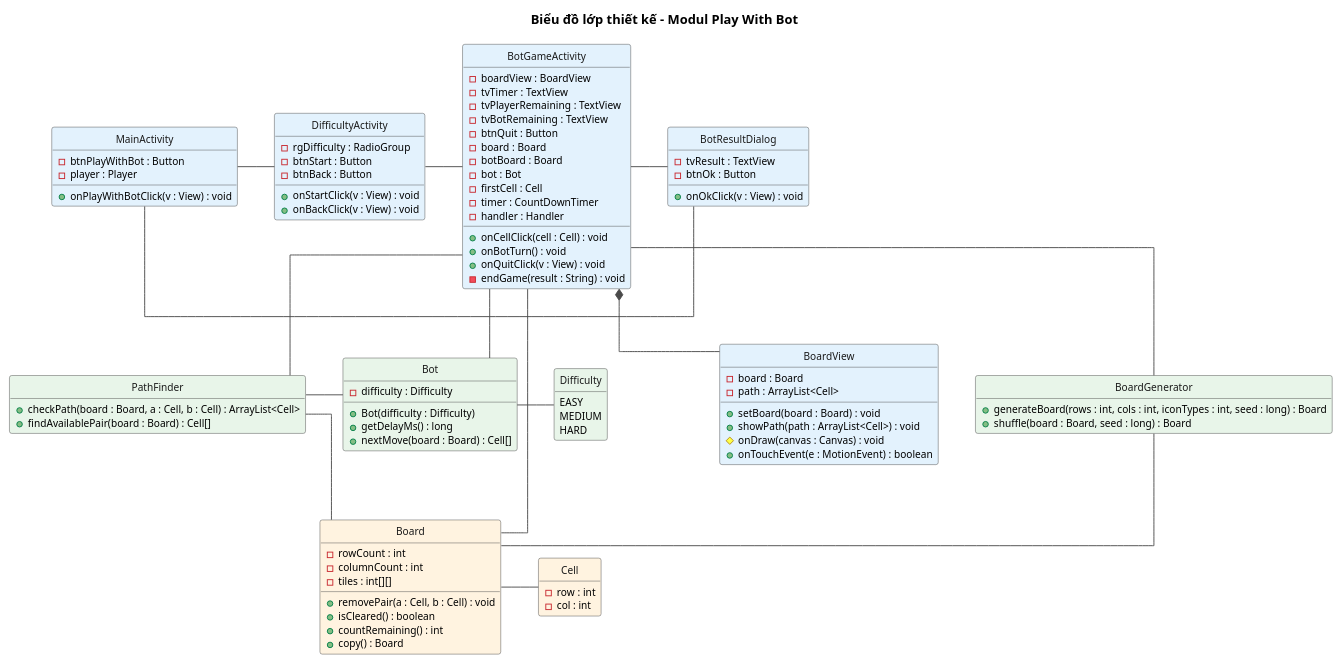
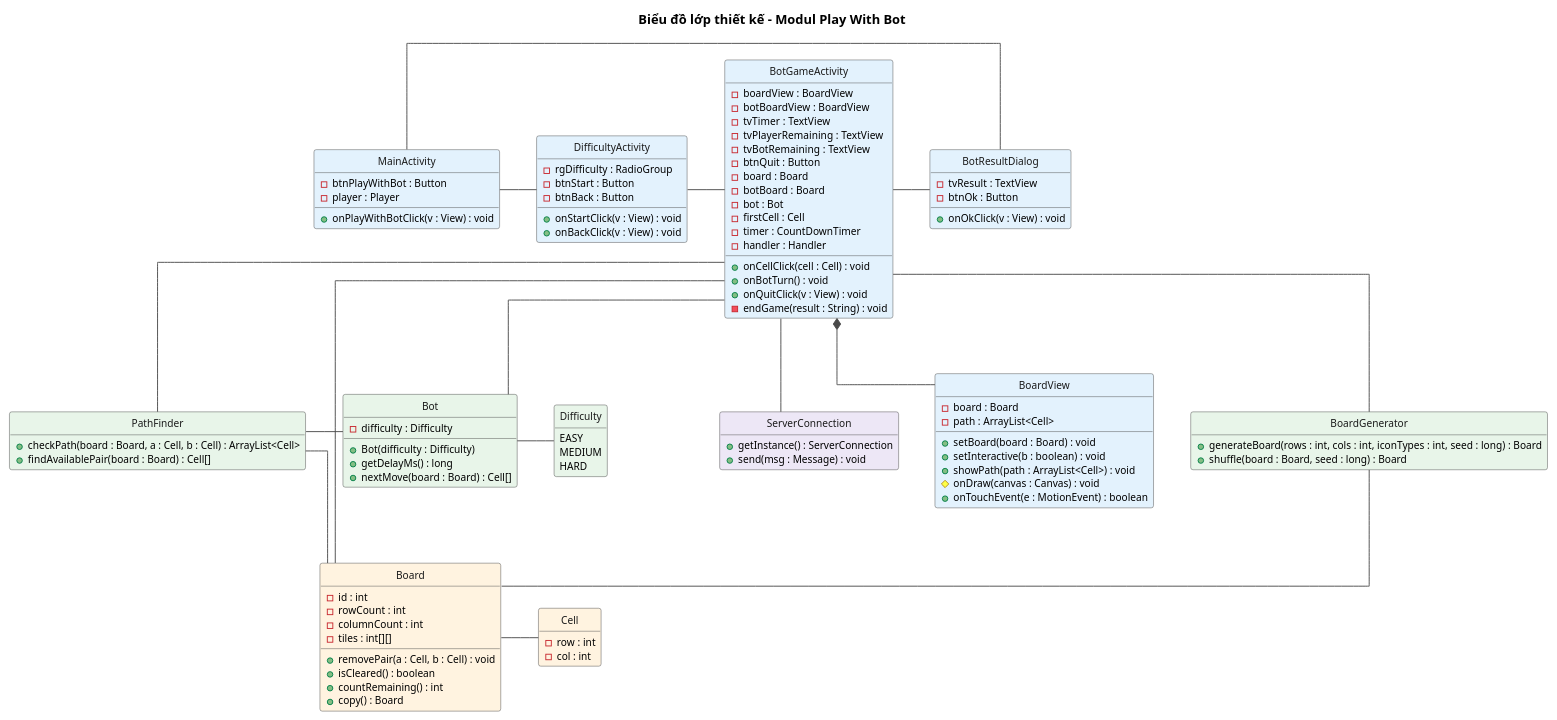
Before and after one commit to VattenL/mobile-pikachu: the diagram in docs/uml/pha3/class-design-m2.puml, drawn with PlantUML. The commit also changed 23 other files, not shown here.

```diff
--- a/docs/uml/pha3/class-design-m2.puml
+++ b/docs/uml/pha3/class-design-m2.puml
@@ -1,122 +1,131 @@
 @startuml class-design-m2
 title Biểu đồ lớp thiết kế - Modul Play With Bot
 
 hide circle
 hide empty members
 skinparam shadowing false
 skinparam linetype ortho
 skinparam nodesep 40
 skinparam ranksep 60
 skinparam classFontSize 13
 skinparam classAttributeFontSize 11
 skinparam class {
   BorderColor #4A4A4A
   ArrowColor #4A4A4A
   FontColor #1A1A1A
 }
 
 ' ===== Client Android: tang giao dien =====
 class MainActivity #E3F2FD {
   - btnPlayWithBot : Button
   - player : Player
   + onPlayWithBotClick(v : View) : void
 }
 
 class DifficultyActivity #E3F2FD {
   - rgDifficulty : RadioGroup
   - btnStart : Button
   - btnBack : Button
   + onStartClick(v : View) : void
   + onBackClick(v : View) : void
 }
 
 class BotGameActivity #E3F2FD {
   - boardView : BoardView
+  - botBoardView : BoardView
   - tvTimer : TextView
   - tvPlayerRemaining : TextView
   - tvBotRemaining : TextView
   - btnQuit : Button
   - board : Board
   - botBoard : Board
   - bot : Bot
   - firstCell : Cell
   - timer : CountDownTimer
   - handler : Handler
   + onCellClick(cell : Cell) : void
   + onBotTurn() : void
   + onQuitClick(v : View) : void
   - endGame(result : String) : void
 }
 
 class BotResultDialog #E3F2FD {
   - tvResult : TextView
   - btnOk : Button
   + onOkClick(v : View) : void
 }
 
+class ServerConnection #EDE7F6 {
+  + getInstance() : ServerConnection
+  + send(msg : Message) : void
+}
+
 class BoardView #E3F2FD {
   - board : Board
   - path : ArrayList<Cell>
   + setBoard(board : Board) : void
+  + setInteractive(b : boolean) : void
   + showPath(path : ArrayList<Cell>) : void
   # onDraw(canvas : Canvas) : void
   + onTouchEvent(e : MotionEvent) : boolean
 }
 
 ' ===== core: xu ly ban choi =====
 class BoardGenerator #E8F5E9 {
   + generateBoard(rows : int, cols : int, iconTypes : int, seed : long) : Board
   + shuffle(board : Board, seed : long) : Board
 }
 
 class PathFinder #E8F5E9 {
   + checkPath(board : Board, a : Cell, b : Cell) : ArrayList<Cell>
   + findAvailablePair(board : Board) : Cell[]
 }
 
 class Bot #E8F5E9 {
   - difficulty : Difficulty
   + Bot(difficulty : Difficulty)
   + getDelayMs() : long
   + nextMove(board : Board) : Cell[]
 }
 
 enum Difficulty #E8F5E9 {
   EASY
   MEDIUM
   HARD
 }
 
 ' ===== core: lop thuc the =====
 class Board #FFF3E0 {
+  - id : int
   - rowCount : int
   - columnCount : int
   - tiles : int[][]
   + removePair(a : Cell, b : Cell) : void
   + isCleared() : boolean
   + countRemaining() : int
   + copy() : Board
 }
 
 class Cell #FFF3E0 {
   - row : int
   - col : int
 }
 
 MainActivity -right- DifficultyActivity
 DifficultyActivity -right- BotGameActivity
 BotGameActivity -right- BotResultDialog
 BotResultDialog -[norank]- MainActivity
 BotGameActivity *-down- BoardView
+BotGameActivity -down- ServerConnection
 
 BotGameActivity -down- BoardGenerator
 BotGameActivity -down- PathFinder
 BotGameActivity -down- Bot
 Bot -right- Difficulty
 Bot -left- PathFinder
 
 BoardGenerator -down- Board
 PathFinder -down- Board
 BotGameActivity -[norank]- Board
 Board -right- Cell
 @enduml
```
